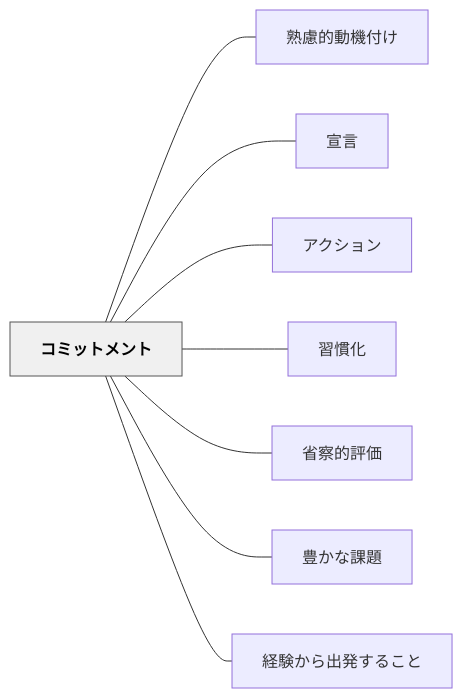
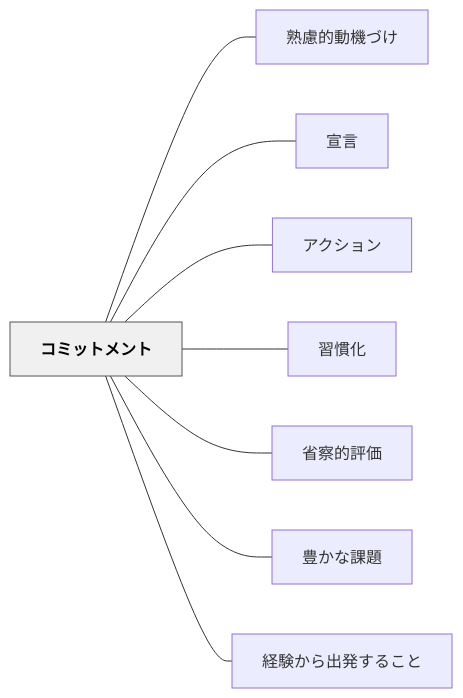
The diagram in content/パタン/コミットメント.md (unknownthings-ed-patterns/unknownthings-ed-patterns), drawn with Mermaid before and after one commit. The commit also changed other lines of this file and 234 other files, not shown here.

````diff
--- a/content/パタン/コミットメント.md
+++ b/content/パタン/コミットメント.md
@@ -38,22 +38,22 @@
 ```mermaid
 flowchart LR
     ne382b3e3839fe38383e38388e383a1e383b3e38388["コミットメント"]
-    ne7869fe685aee79a84e58b95e6a99fe4bb98e38191["熟慮的動機付け"]
+    ne7869fe685aee79a84e58b95e6a99fe381a5e38191["熟慮的動機づけ"]
     ne5aea3e8a880["宣言"]
     ne382a2e382afe382b7e383a7e383b3["アクション"]
     ne7bf92e685a3e58c96["習慣化"]
     ne79c81e5af9fe79a84e8a995e4bea1["省察的評価"]
     ne8b18ae3818be381aae8aab2e9a18c["豊かな課題"]
     ne7b58ce9a893e3818be38289e587bae799bae38199e3828be38193e381a8["経験から出発すること"]
 
-    ne382b3e3839fe38383e38388e383a1e383b3e38388 --- ne7869fe685aee79a84e58b95e6a99fe4bb98e38191
+    ne382b3e3839fe38383e38388e383a1e383b3e38388 --- ne7869fe685aee79a84e58b95e6a99fe381a5e38191
     ne382b3e3839fe38383e38388e383a1e383b3e38388 --- ne5aea3e8a880
     ne382b3e3839fe38383e38388e383a1e383b3e38388 --- ne382a2e382afe382b7e383a7e383b3
     ne382b3e3839fe38383e38388e383a1e383b3e38388 --- ne7bf92e685a3e58c96
     ne382b3e3839fe38383e38388e383a1e383b3e38388 --- ne79c81e5af9fe79a84e8a995e4bea1
     ne382b3e3839fe38383e38388e383a1e383b3e38388 --- ne8b18ae3818be381aae8aab2e9a18c
     ne382b3e3839fe38383e38388e383a1e383b3e38388 --- ne7b58ce9a893e3818be38289e587bae799bae38199e3828be38193e381a8
 
     classDef hub fill:#f0f0f0,stroke:#555,color:#000,font-weight:bold
     class ne382b3e3839fe38383e38388e383a1e383b3e38388 hub
 ```
````
